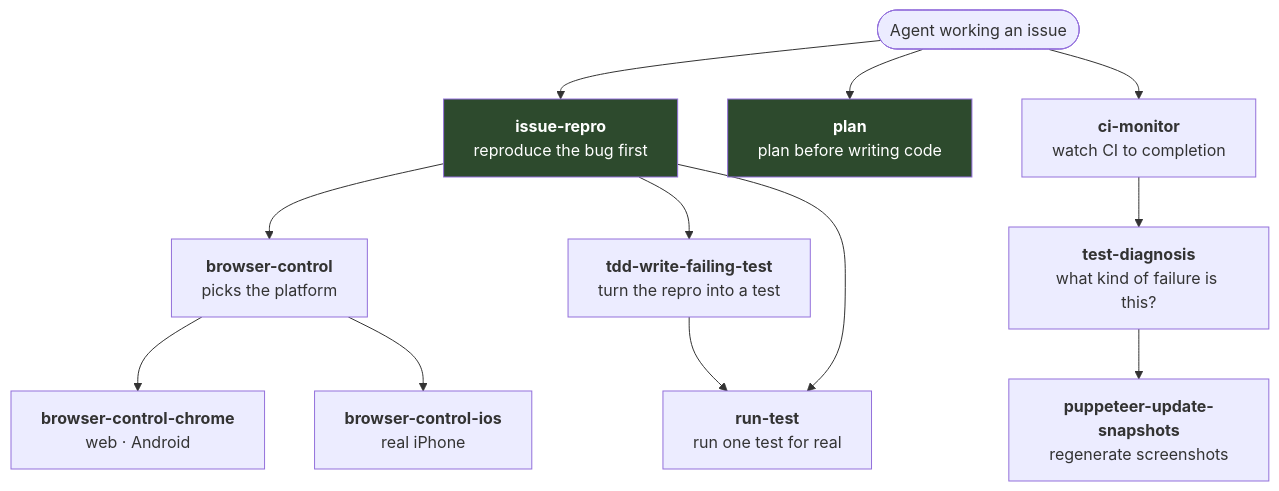
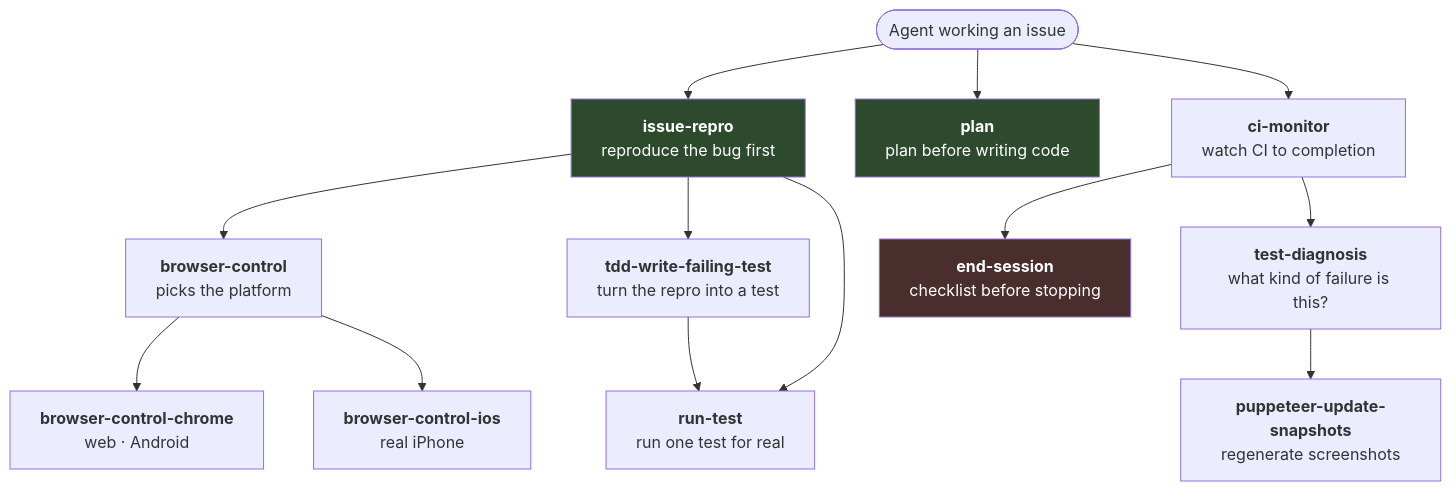
The diagram in docs/agents/skills.md (cybersemics/em), drawn with Mermaid before and after one commit. The commit also changed other lines of this file and 5 other files, not shown here.

````diff
--- a/docs/agents/skills.md
+++ b/docs/agents/skills.md
@@ -9,21 +9,36 @@
 ```mermaid
 flowchart TD
     START(["Agent working an issue"])
 
     START --> IR["<b>issue-repro</b><br/>reproduce the bug first"]
     START --> PL["<b>plan</b><br/>plan before writing code"]
     START --> CM["<b>ci-monitor</b><br/>watch CI to completion"]
 
     IR --> BC["<b>browser-control</b><br/>picks the platform"]
     BC --> BCC["<b>browser-control-chrome</b><br/>web · Android"]
     BC --> BCI["<b>browser-control-ios</b><br/>real iPhone"]
     IR --> TDD["<b>tdd-write-failing-test</b><br/>turn the repro into a test"]
     TDD --> RT["<b>run-test</b><br/>run one test for real"]
     IR --> RT
 
     CM --> TD["<b>test-diagnosis</b><br/>what kind of failure is this?"]
     TD --> PUS["<b>puppeteer-update-snapshots</b><br/>regenerate screenshots"]
 
+    CM --> ES["<b>end-session</b><br/>checklist before stopping"]
+
     style IR fill:#2d4a2d,color:#fff
     style PL fill:#2d4a2d,color:#fff
+    style ES fill:#4a2d2d,color:#fff
+
+    click IR "skills.md#issue-repro" "issue-repro — reproduce before investigating"
+    click PL "skills.md#plan" "plan — plan and critique before implementing"
+    click ES "skills.md#end-session" "end-session — the exit checklist"
+    click BC "skills.md#browser-control" "browser-control — routes by platform"
+    click BCC "skills.md#browser-control-chrome" "browser-control-chrome — web and Android"
+    click BCI "skills.md#browser-control-ios" "browser-control-ios — real iPhone"
+    click TDD "skills.md#tdd-write-failing-test" "tdd-write-failing-test — capture the bug"
+    click RT "skills.md#run-test" "run-test — run one test for real"
+    click CM "skills.md#ci-monitor" "ci-monitor — wait for every check"
+    click TD "skills.md#test-diagnosis" "test-diagnosis — classify the failure"
+    click PUS "skills.md#puppeteer-update-snapshots" "puppeteer-update-snapshots — regenerate screenshots"
 ```
````
